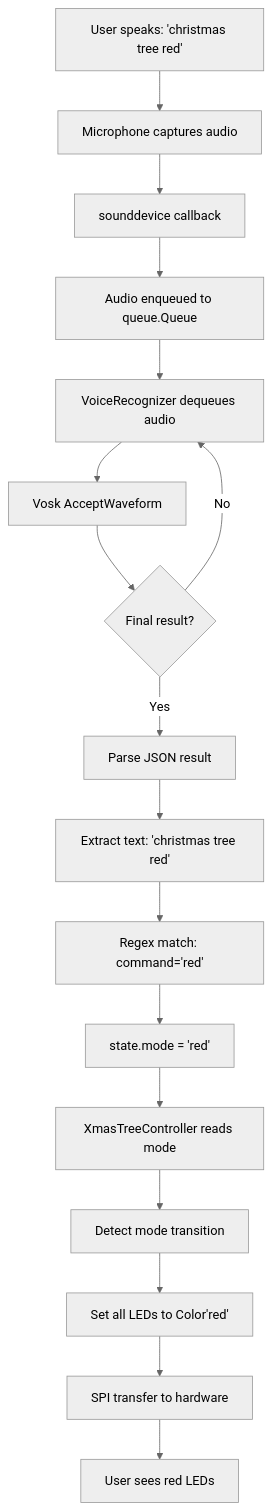
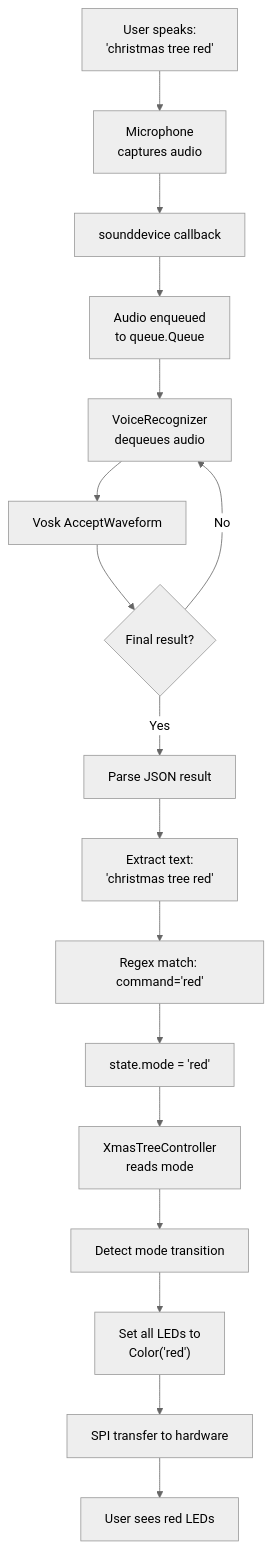
Before and after one commit to malminhas/raspberrypi-xmastree: the ninth of 11 diagrams in ARCHITECTURE.md, drawn with Mermaid (neutral theme). The commit also changed other lines of this file, not shown here.

Commit message:
Adjusting text to fit into flow boxes better

````diff
--- a/ARCHITECTURE.md
+++ b/ARCHITECTURE.md
@@ -806,19 +806,19 @@
 ```mermaid
 flowchart TD
-    A[User speaks: 'christmas tree red'] --> B[Microphone captures audio]
+    A["User speaks:<br/>'christmas tree red'"] --> B["Microphone<br/>captures audio"]
     B --> C[sounddevice callback]
-    C --> D[Audio enqueued to queue.Queue]
-    D --> E[VoiceRecognizer dequeues audio]
+    C --> D["Audio enqueued<br/>to queue.Queue"]
+    D --> E["VoiceRecognizer<br/>dequeues audio"]
     E --> F[Vosk AcceptWaveform]
     F --> G{Final result?}
     G -->|No| E
     G -->|Yes| H[Parse JSON result]
-    H --> I[Extract text: 'christmas tree red']
+    H --> I["Extract text:<br/>'christmas tree red'"]
     I --> J[Regex match: command='red']
     J --> K[state.mode = 'red']
-    K --> L[XmasTreeController reads mode]
+    K --> L["XmasTreeController<br/>reads mode"]
     L --> M[Detect mode transition]
-    M --> N[Set all LEDs to Color'red']
+    M --> N["Set all LEDs to<br/>Color('red')"]
     N --> O[SPI transfer to hardware]
     O --> P[User sees red LEDs]
 ```
````
